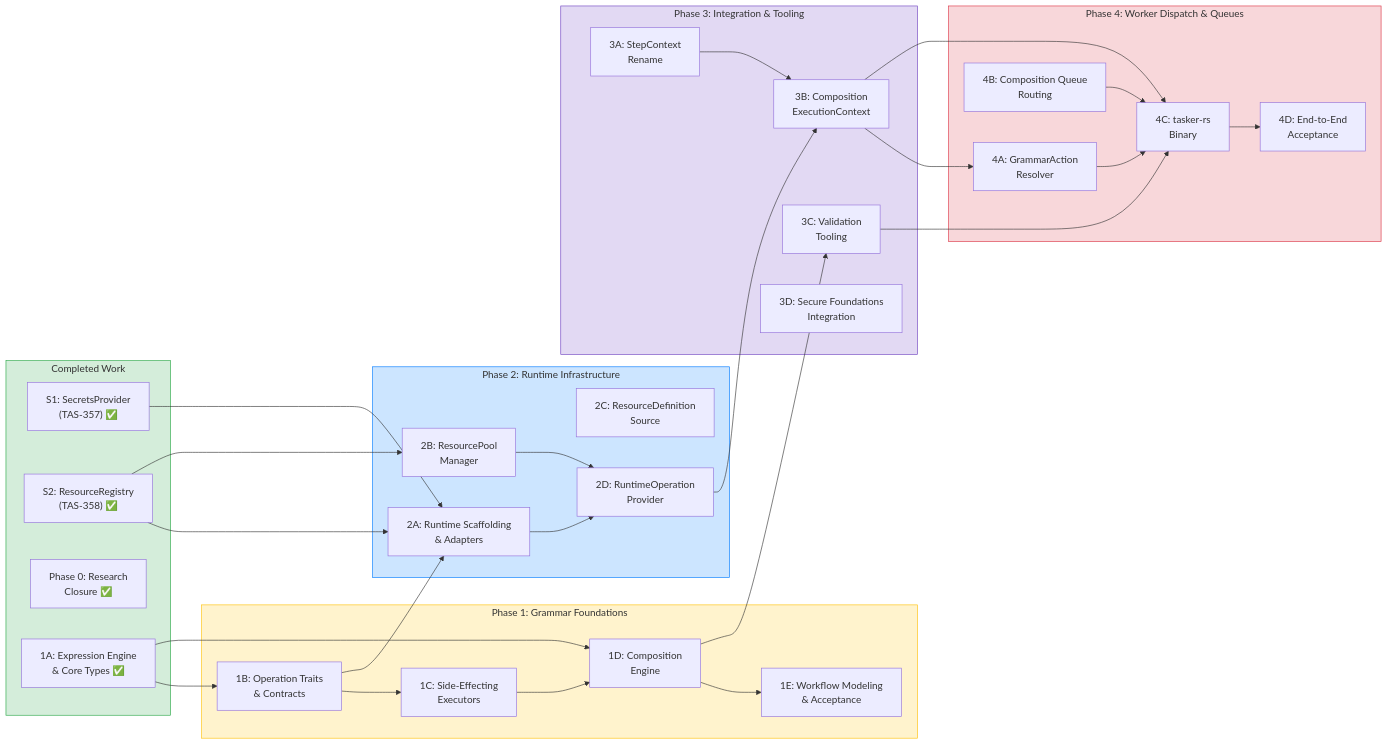
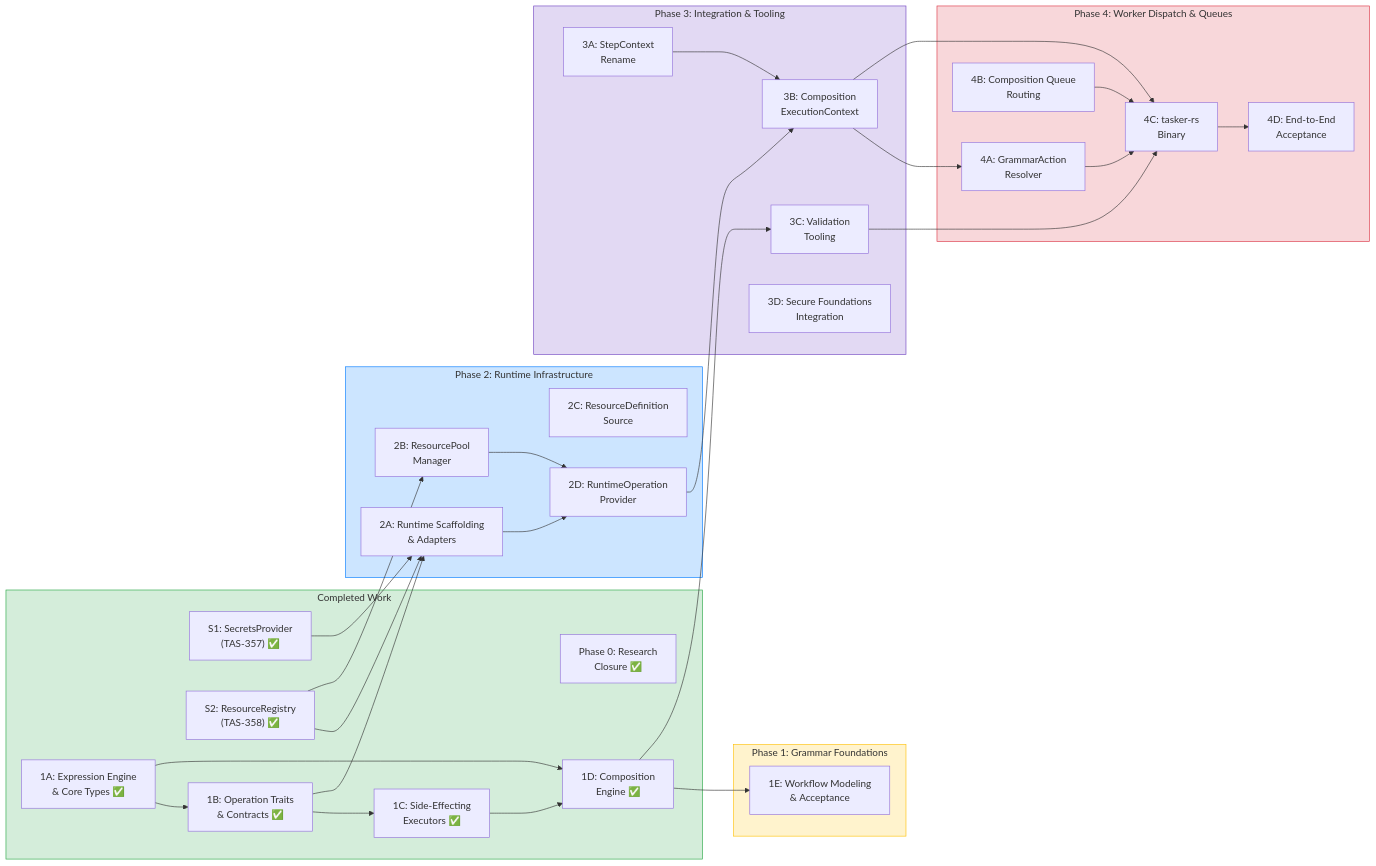
Before and after one commit to tasker-systems/tasker-core: the first of 5 diagrams in docs/composition-architecture/roadmap.md, drawn with Mermaid. The commit also changed other lines of this file and 1 other file, not shown here.

First line of the commit message:
docs: update composition architecture roadmap for Phase 1 completion

````diff
--- a/docs/composition-architecture/roadmap.md
+++ b/docs/composition-architecture/roadmap.md
@@ -55,76 +55,76 @@
 ```mermaid
 flowchart LR
     subgraph done["Completed Work"]
         S1["S1: SecretsProvider\n(TAS-357) ✅"]
         S2["S2: ResourceRegistry\n(TAS-358) ✅"]
         G0["Phase 0: Research\nClosure ✅"]
         G1A["1A: Expression Engine\n& Core Types ✅"]
+        G1B["1B: Operation Traits\n& Contracts ✅"]
+        G1C["1C: Side-Effecting\nExecutors ✅"]
+        G1D["1D: Composition\nEngine ✅"]
     end
 
     subgraph phase1["Phase 1: Grammar Foundations"]
-        G1B["1B: Operation Traits\n& Contracts"]
-        G1C["1C: Side-Effecting\nExecutors"]
-        G1D["1D: Composition\nEngine"]
         G1E["1E: Workflow Modeling\n& Acceptance"]
     end
 
     subgraph phase2["Phase 2: Runtime Infrastructure"]
         R2A["2A: Runtime Scaffolding\n& Adapters"]
         R2B["2B: ResourcePool\nManager"]
         R2C["2C: ResourceDefinition\nSource"]
         R2D["2D: RuntimeOperation\nProvider"]
     end
 
     subgraph phase3["Phase 3: Integration & Tooling"]
         I3A["3A: StepContext\nRename"]
         I3B["3B: Composition\nExecutionContext"]
         I3C["3C: Validation\nTooling"]
         I3D["3D: Secure Foundations\nIntegration"]
     end
 
     subgraph phase4["Phase 4: Worker Dispatch & Queues"]
         W4A["4A: GrammarAction\nResolver"]
         W4B["4B: Composition Queue\nRouting"]
         W4C["4C: tasker-rs\nBinary"]
         W4D["4D: End-to-End\nAcceptance"]
     end
 
     %% Done → Phase 1
     G1A --> G1B
     G1A --> G1D
 
     %% Phase 1 internal
     G1B --> G1C
     G1C --> G1D
     G1D --> G1E
 
     %% Done → Phase 2
     S1 --> R2A
     S2 --> R2A
     S2 --> R2B
     G1B --> R2A
 
     %% Phase 2 internal
     R2A --> R2D
     R2B --> R2D
 
     %% Phase 2/1 → Phase 3
     R2D --> I3B
     I3A --> I3B
     G1D --> I3C
 
     %% Phase 3 → Phase 4
     I3B --> W4A
     I3B --> W4C
     I3C --> W4C
     W4A --> W4C
     W4B --> W4C
     W4C --> W4D
 
     %% Styling
     style done fill:#d4edda,stroke:#28a745
     style phase1 fill:#fff3cd,stroke:#ffc107
     style phase2 fill:#cce5ff,stroke:#007bff
     style phase3 fill:#e2d9f3,stroke:#6f42c1
     style phase4 fill:#f8d7da,stroke:#dc3545
 ```
````
